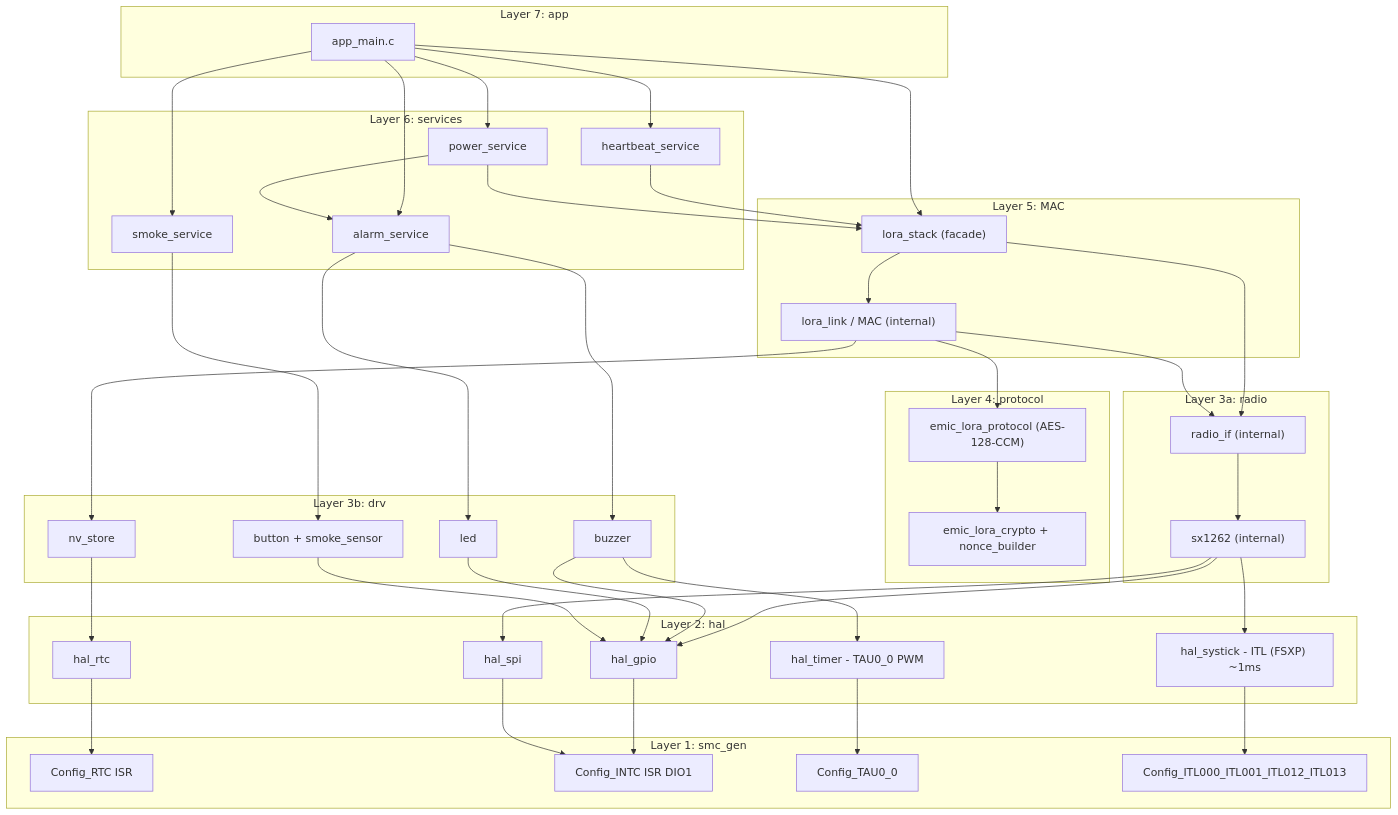
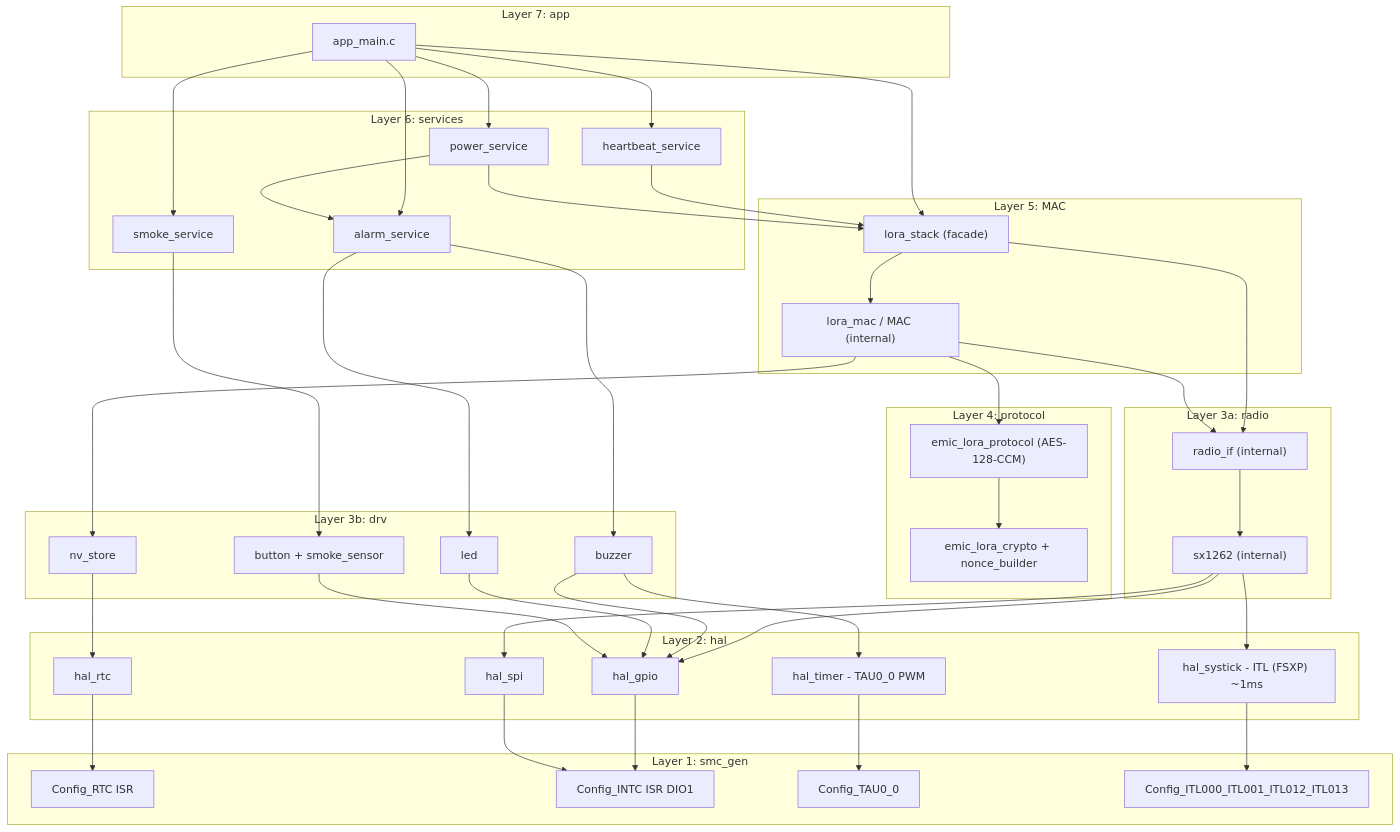
The first of 8 diagrams in EMIC_LORA_PROTOCOL/docs/layer_call_flow.md (vuvantruong120896/emic_lora_protocol), drawn with Mermaid before and after one commit. The commit also changed other lines of this file and 15 other files, not shown here.

```diff
--- a/EMIC_LORA_PROTOCOL/docs/layer_call_flow.md
+++ b/EMIC_LORA_PROTOCOL/docs/layer_call_flow.md
@@ -28,7 +28,7 @@
 
   subgraph LINK[Layer 5: MAC]
     L0["lora_stack (facade)"]
-    L1["lora_link / MAC (internal)"]
+    L1["lora_mac / MAC (internal)"]
   end
 
   subgraph PROTO[Layer 4: protocol]
```
